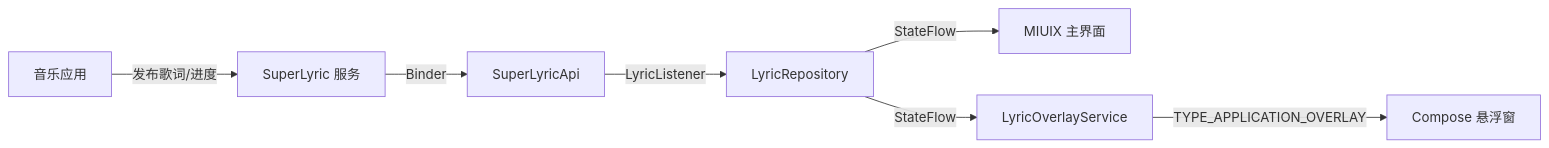
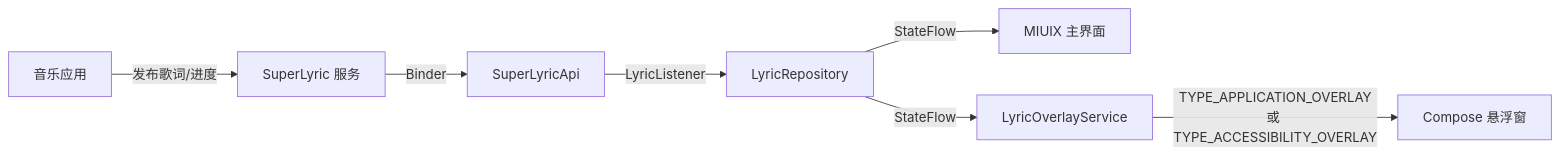
Before and after one commit to BlueEve04/FloatLRC: the diagram in README.md, drawn with Mermaid. The commit also changed other lines of this file and 16 other files, not shown here.

````diff
--- a/README.md
+++ b/README.md
@@ -50,9 +52,9 @@
 ```mermaid
 flowchart LR
     A[音乐应用] -->|发布歌词/进度| B[SuperLyric 服务]
     B -->|Binder| C[SuperLyricApi]
     C -->|LyricListener| D[LyricRepository]
     D -->|StateFlow| E[MIUIX 主界面]
     D -->|StateFlow| F[LyricOverlayService]
-    F -->|TYPE_APPLICATION_OVERLAY| G[Compose 悬浮窗]
+    F -->|TYPE_APPLICATION_OVERLAY<br/>或 TYPE_ACCESSIBILITY_OVERLAY| G[Compose 悬浮窗]
 ```
````
